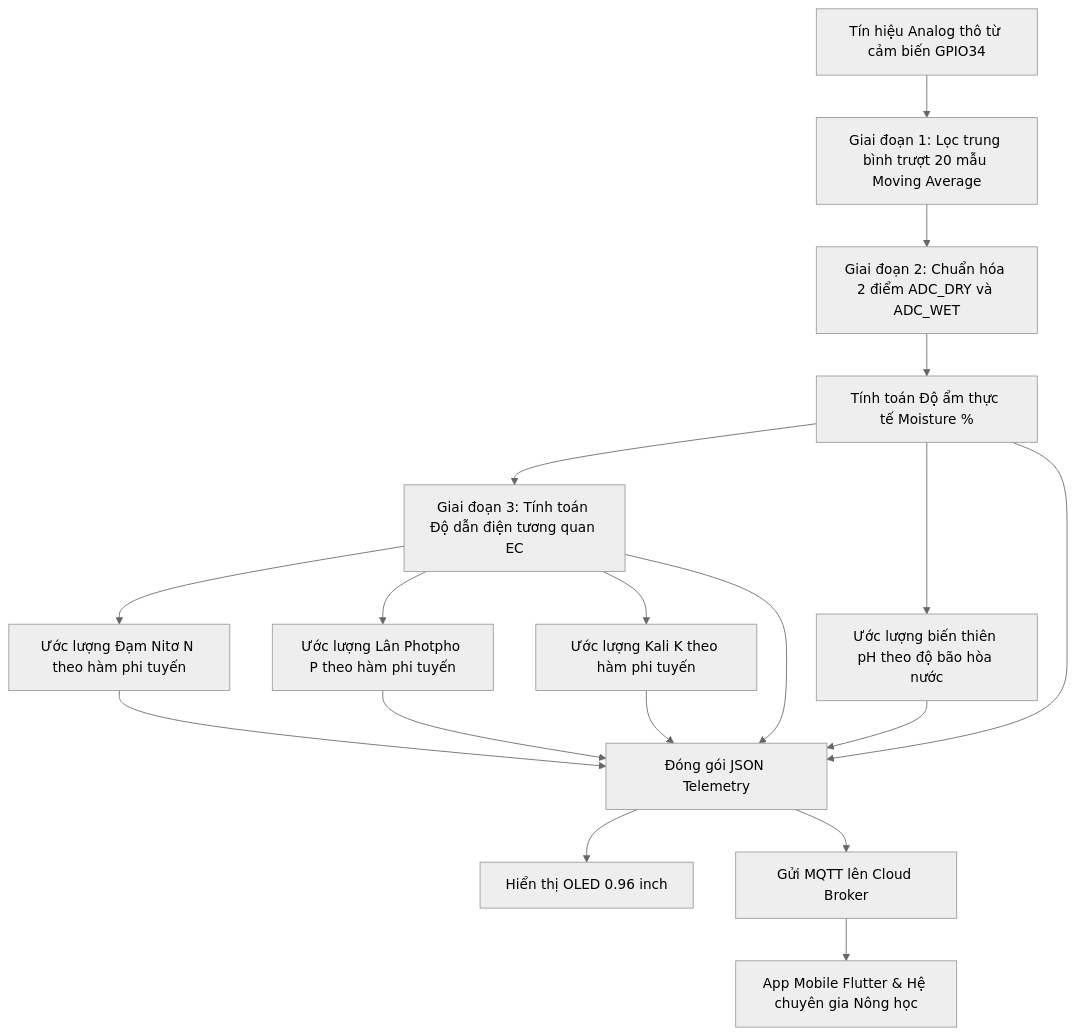
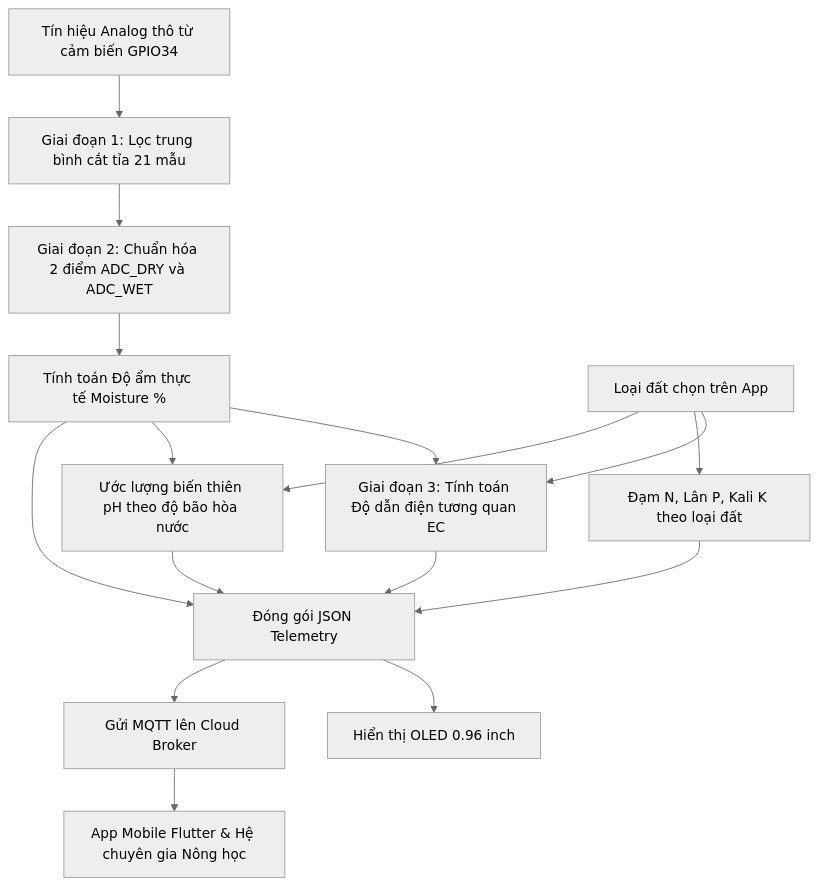
One commit to nguyenanhquan060205-lab/IoTs-project changed the diagram in SPECIFICATION.md. Above: the diagram before and after it, drawn with Mermaid (neutral theme). The commit also changed other lines of this file and 2 other files, not shown here.

````diff
--- a/SPECIFICATION.md
+++ b/SPECIFICATION.md
@@ -71,17 +71,17 @@
 ```mermaid
 flowchart TD
-    A[Tín hiệu Analog thô từ cảm biến GPIO34] --> B[Giai đoạn 1: Lọc trung bình trượt 20 mẫu Moving Average]
+    A[Tín hiệu Analog thô từ cảm biến GPIO34] --> B[Giai đoạn 1: Lọc trung bình cắt tỉa 21 mẫu]
     B --> C[Giai đoạn 2: Chuẩn hóa 2 điểm ADC_DRY và ADC_WET]
     C --> D[Tính toán Độ ẩm thực tế Moisture %]
     
     D --> E[Giai đoạn 3: Tính toán Độ dẫn điện tương quan EC]
-    E --> F1[Ước lượng Đạm Nitơ N theo hàm phi tuyến]
-    E --> F2[Ước lượng Lân Photpho P theo hàm phi tuyến]
-    E --> F3[Ước lượng Kali K theo hàm phi tuyến]
+    S[Loại đất chọn trên App] --> E
+    S --> F1[Đạm N, Lân P, Kali K theo loại đất]
     D --> F4[Ước lượng biến thiên pH theo độ bão hòa nước]
+    S --> F4
     
-    F1 & F2 & F3 & F4 & D & E --> G[Đóng gói JSON Telemetry]
+    F1 & F4 & D & E --> G[Đóng gói JSON Telemetry]
     G --> H1[Hiển thị OLED 0.96 inch]
     G --> H2[Gửi MQTT lên Cloud Broker]
     H2 --> I[App Mobile Flutter & Hệ chuyên gia Nông học]
 ```
````
